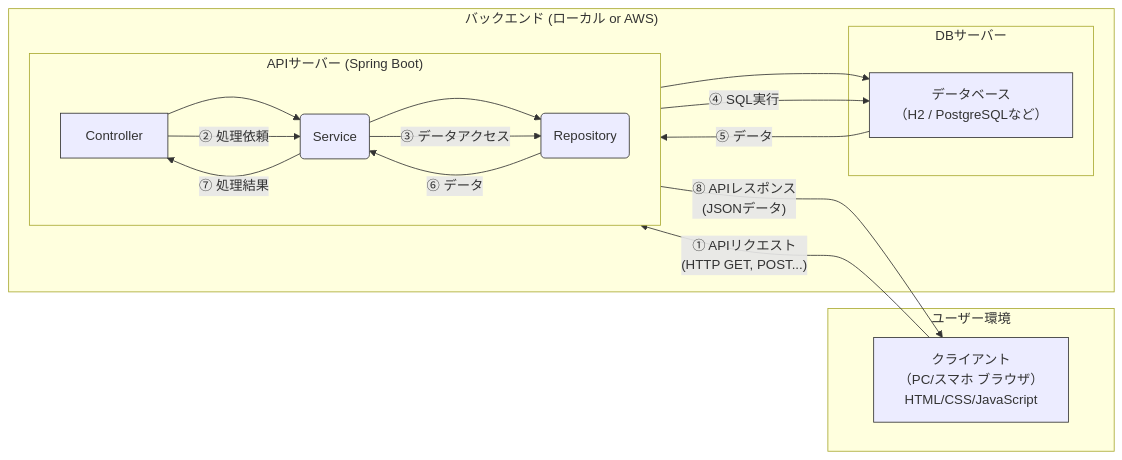
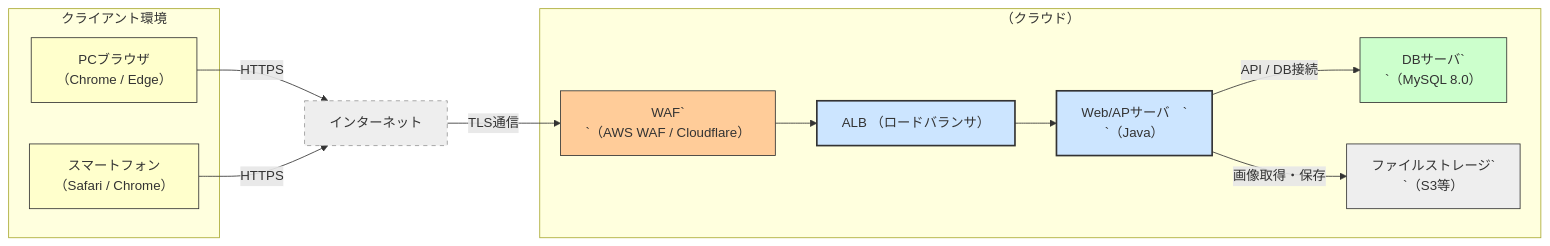
Before and after one commit to YUKlT0/Equipe: the diagram in 詳細設計/A.md, drawn with Mermaid. The commit also changed other lines of this file, not shown here.

Commit message:
へんこう

```diff
--- a/詳細設計/A.md
+++ b/詳細設計/A.md
@@ -43,33 +42,34 @@
 <div class="mermaid">
 graph LR
-    subgraph ユーザー環境
-        A[クライアント<br>（PC/スマホ ブラウザ）<br>HTML/CSS/JavaScript]
-    end
+  subgraph クライアント環境
+    PC[PCブラウザ<br>（Chrome / Edge）]
+    SP[スマートフォン<br>（Safari / Chrome）]
 
-    subgraph "バックエンド (ローカル or AWS)"
-        subgraph "APIサーバー (Spring Boot)"
-            direction LR
-            B[Controller<br>] --> C(Service<br>);
-            C --> D(Repository<br>);
-        end
-        subgraph DBサーバー
-            E[データベース<br>（H2 / PostgreSQLなど）]
-        end
-        D --> E;
-    end
+  end
 
-    A -- ① APIリクエスト<br>(HTTP GET, POST...) --> B;
-    B -- ② 処理依頼 --> C;
-    C -- ③ データアクセス --> D;
-    D -- ④ SQL実行 --> E;
-    E -- ⑤ データ --> D;
-    D -- ⑥ データ --> C;
-    C -- ⑦ 処理結果 --> B;
-    B -- ⑧ APIレスポンス<br>(JSONデータ) --> A;
+INTERNET[インターネット]
 
-    style A fill:#lightyellow,stroke:#333,stroke-width:1px
-    style B fill:#lightblue,stroke:#333,stroke-width:1px
-    style C fill:#lightgreen,stroke:#333,stroke-width:1px
-    style D fill:#lightcoral,stroke:#333,stroke-width:1px
-    style E fill:#lightgrey,stroke:#333,stroke-width:1px
+  subgraph AWS環境[（クラウド）]
+    LB[ALB （ロードバランサ）]
+    WEB[Web/APサーバ　`<br>`（Java）]
+    DB[DBサーバ`<br>`（MySQL 8.0）]
+    FS[ファイルストレージ`<br>`（S3等）]
+    WAF[WAF`<br>`（AWS WAF / Cloudflare）]
+  end
+
+  PC -->|HTTPS| INTERNET -->|TLS通信| WAF --> LB --> WEB
+  SP -->|HTTPS| INTERNET
+
+  WEB -->|API / DB接続| DB
+  WEB -->|画像取得・保存| FS
+
+  style PC fill:#ffffcc,stroke:#333,stroke-width:1px
+  style SP fill:#ffffcc,stroke:#333,stroke-width:1px
+  style INTERNET fill:#eee,stroke:#999,stroke-width:1px,stroke-dasharray: 5 5
+  style WAF fill:#ffcc99,stroke:#333,stroke-width:1px
+  style LB fill:#cce5ff,stroke:#333,stroke-width:2px
+  style WEB fill:#cce5ff,stroke:#333,stroke-width:2px
+  style DB fill:#ccffcc,stroke:#333,stroke-width:1px
+  style FS fill:#eeeeee,stroke:#333,stroke-width:1px
+
 </div>
```
